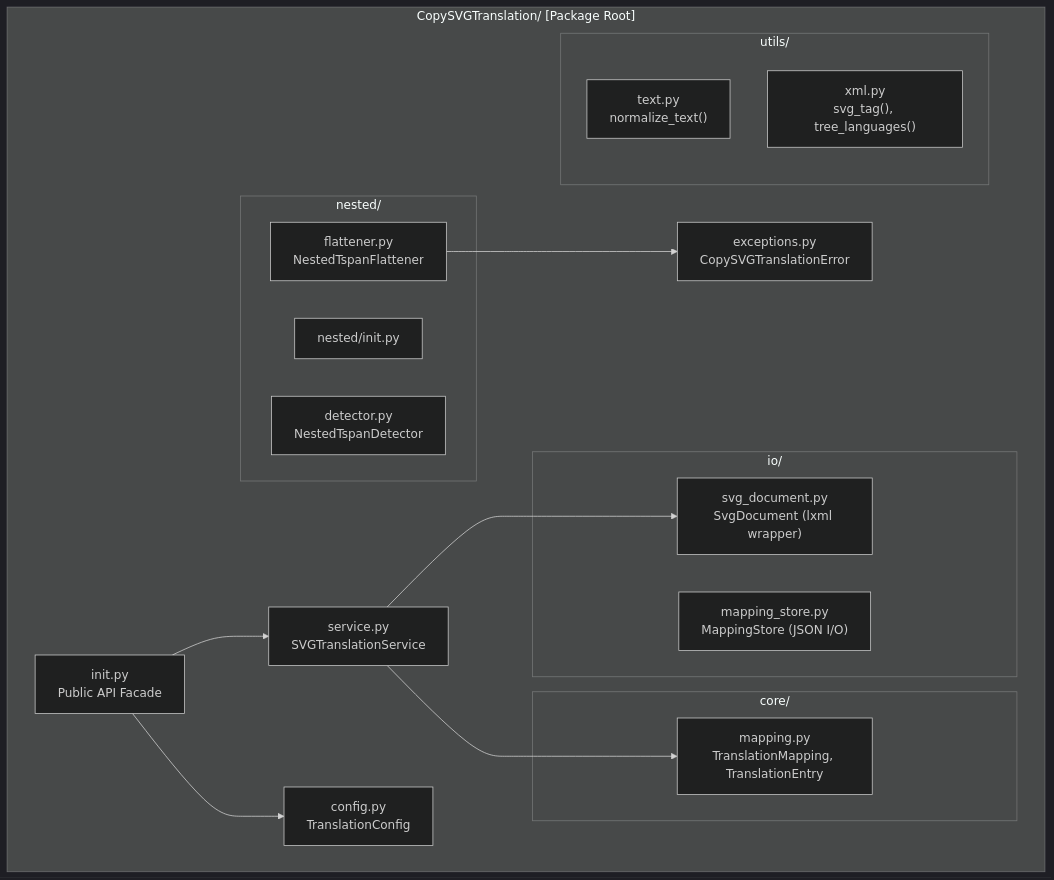
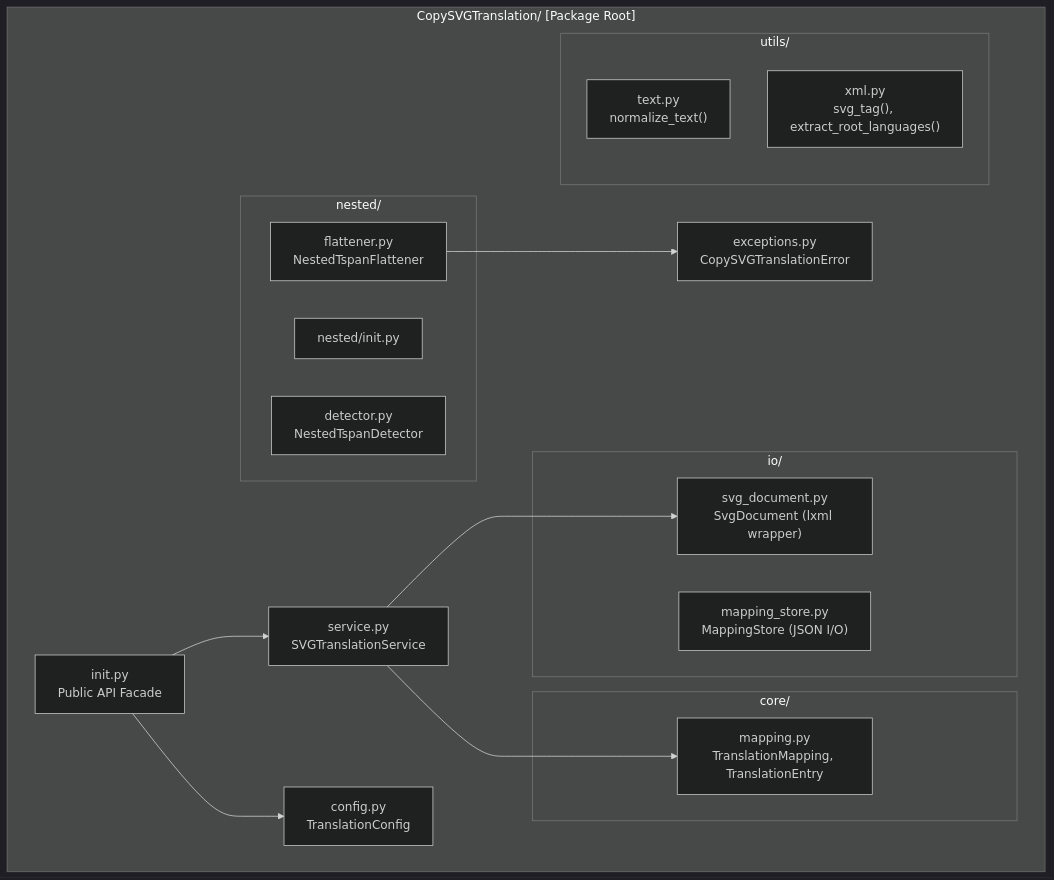
Before and after one commit to MrIbrahem/CopySVGTranslation: the second of 3 diagrams in docs/deepwiki/7.1-project-structure.md, drawn with Mermaid (dark theme). The commit also changed other lines of this file and 18 other files, not shown here.

````diff
--- a/docs/deepwiki/7.1-project-structure.md
+++ b/docs/deepwiki/7.1-project-structure.md
@@ -48,48 +48,48 @@
 ```mermaid
 flowchart TD
 
 TEXT_UTIL["text.py<br>normalize_text()"]
-XML_UTIL["xml.py<br>svg_tag(), tree_languages()"]
+XML_UTIL["xml.py<br>svg_tag(), extract_root_languages()"]
 INIT["init.py<br>Public API Facade"]
 SERVICE["service.py<br>SVGTranslationService"]
 CONFIG["config.py<br>TranslationConfig"]
 SVG_DOC["svg_document.py<br>SvgDocument (lxml wrapper)"]
 MAPPING["mapping.py<br>TranslationMapping, TranslationEntry"]
 FLATTENER["flattener.py<br>NestedTspanFlattener"]
 EXC["exceptions.py<br>CopySVGTranslationError"]
 NEST_INIT["nested/init.py"]
 DETECTOR["detector.py<br>NestedTspanDetector"]
 STORE["mapping_store.py<br>MappingStore (JSON I/O)"]
 
 subgraph subGraph4 ["CopySVGTranslation/ [Package Root]"]
     INIT
     SERVICE
     CONFIG
     EXC
     INIT --> SERVICE
     INIT --> CONFIG
     SERVICE --> SVG_DOC
     SERVICE --> MAPPING
     FLATTENER --> EXC
 
 subgraph nested/ ["nested/"]
     FLATTENER
     NEST_INIT
     DETECTOR
 end
 
 subgraph io/ ["io/"]
     SVG_DOC
     STORE
 end
 
 subgraph core/ ["core/"]
     MAPPING
 end
 
 subgraph utils/ ["utils/"]
     TEXT_UTIL
     XML_UTIL
 end
 end
 ```
````
